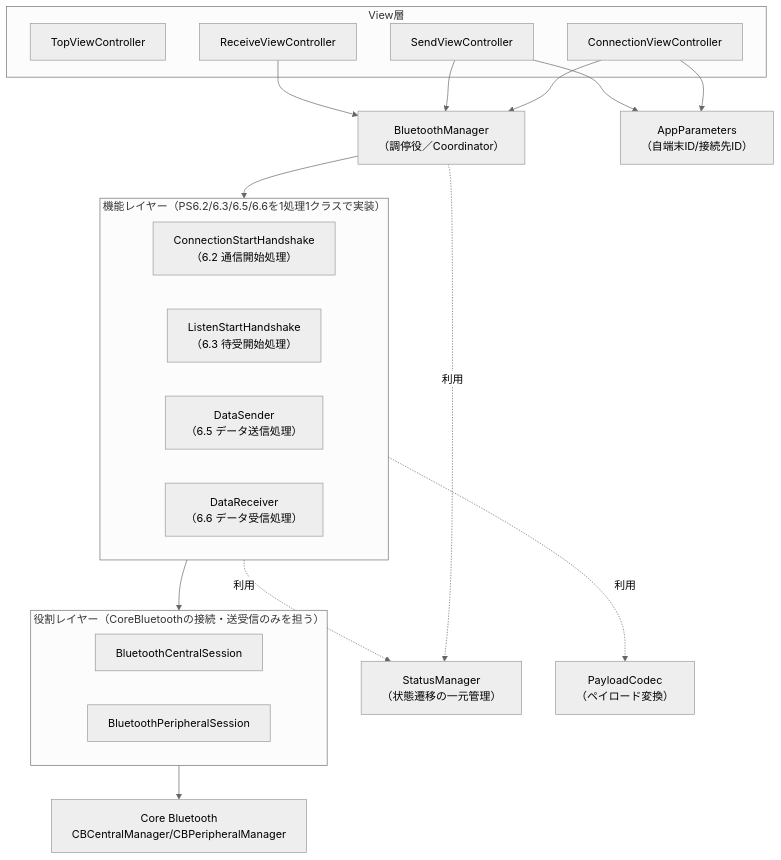
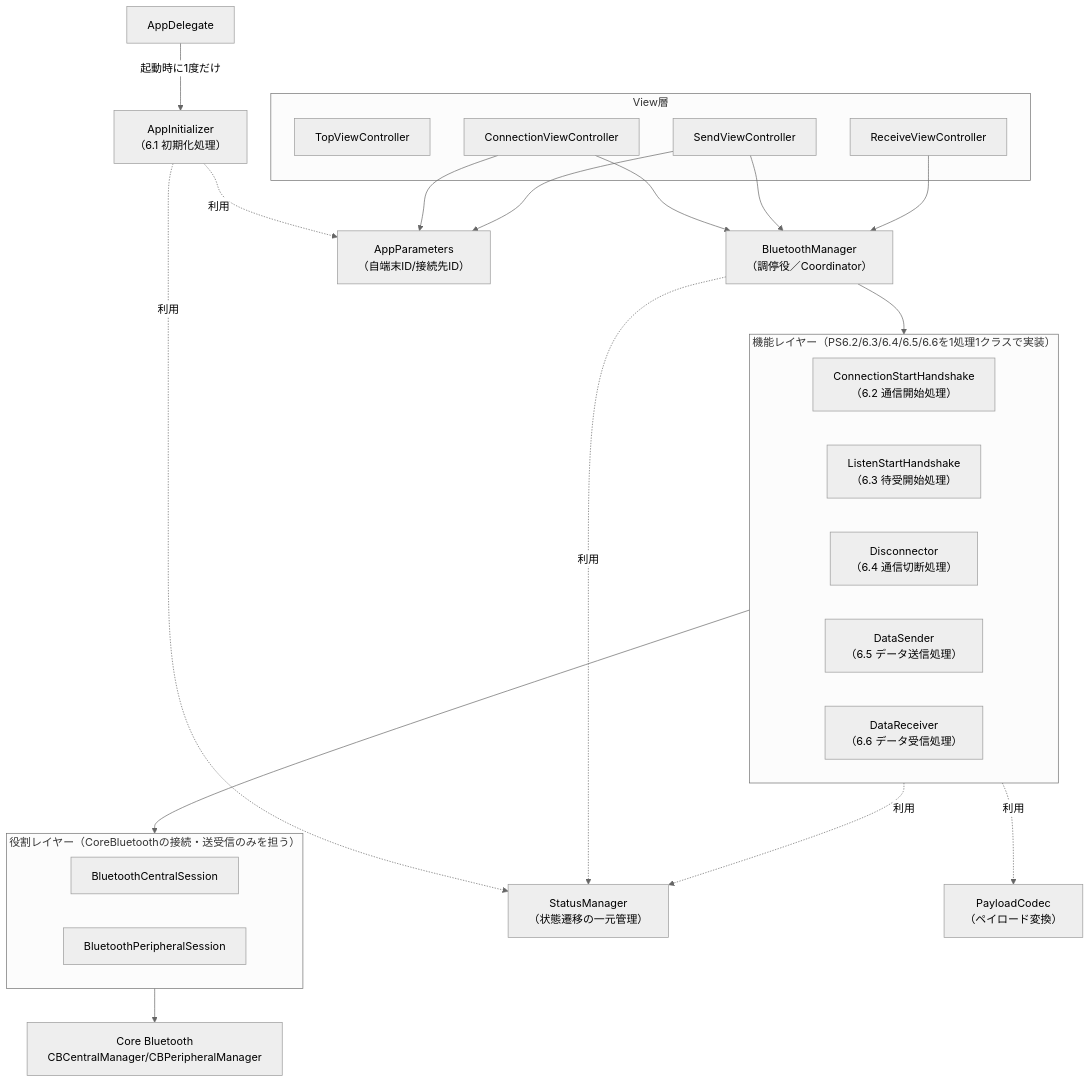
Before and after one commit to 728h7y4bdh-cr/Test.swiftpm: the first of 5 diagrams in docs/design/PS設計書.md, drawn with Mermaid (neutral theme). The commit also changed other lines of this file and 10 other files, not shown here.

````diff
--- a/docs/design/PS設計書.md
+++ b/docs/design/PS設計書.md
@@ -27,41 +28,49 @@
 ```mermaid
 flowchart TB
     subgraph View層
         VC1["TopViewController"]
         VC2["ConnectionViewController"]
         VC3["SendViewController"]
         VC4["ReceiveViewController"]
     end
 
+    AD["AppDelegate"]
+    AI["AppInitializer<br/>（6.1 初期化処理）"]
+
     BM["BluetoothManager<br/>（調停役／Coordinator）"]
 
-    subgraph funcs["機能レイヤー（PS6.2/6.3/6.5/6.6を1処理1クラスで実装）"]
+    subgraph funcs["機能レイヤー（PS6.2/6.3/6.4/6.5/6.6を1処理1クラスで実装）"]
         H1["ConnectionStartHandshake<br/>（6.2 通信開始処理）"]
         H2["ListenStartHandshake<br/>（6.3 待受開始処理）"]
+        H5["Disconnector<br/>（6.4 通信切断処理）"]
         H3["DataSender<br/>（6.5 データ送信処理）"]
         H4["DataReceiver<br/>（6.6 データ受信処理）"]
     end
 
     subgraph roles["役割レイヤー（CoreBluetoothの接続・送受信のみを担う）"]
         CS["BluetoothCentralSession"]
         PSS["BluetoothPeripheralSession"]
     end
 
     SM["StatusManager<br/>（状態遷移の一元管理）"]
     PM["AppParameters<br/>（自端末ID/接続先ID）"]
     PC["PayloadCodec<br/>（ペイロード変換）"]
     CB["Core Bluetooth<br/>CBCentralManager/CBPeripheralManager"]
 
+    AD --起動時に1度だけ--> AI
+    AI -.利用.-> SM
+    AI -.利用.-> PM
+
     VC2 --> BM
     VC2 --> PM
     VC3 --> BM
     VC3 --> PM
     VC4 --> BM
 
     BM --> funcs
     BM -.利用.-> SM
     funcs --> roles
     funcs -.利用.-> SM
     funcs -.利用.-> PC
     roles --> CB
 ```
````
